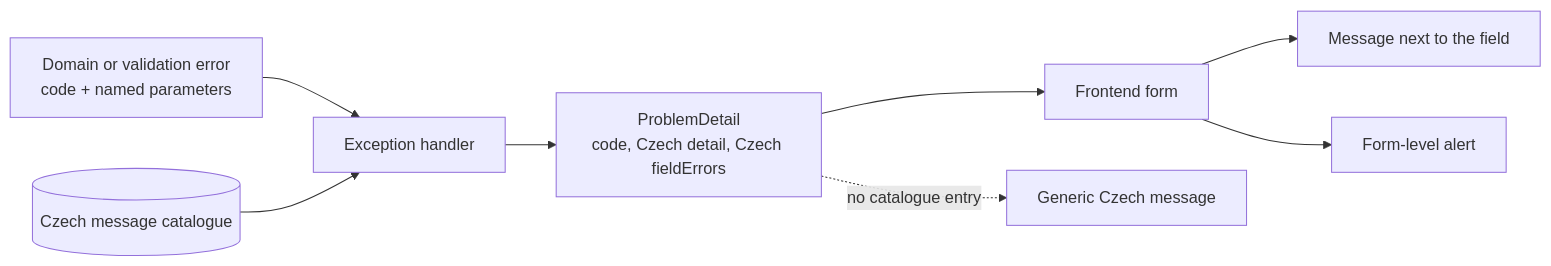
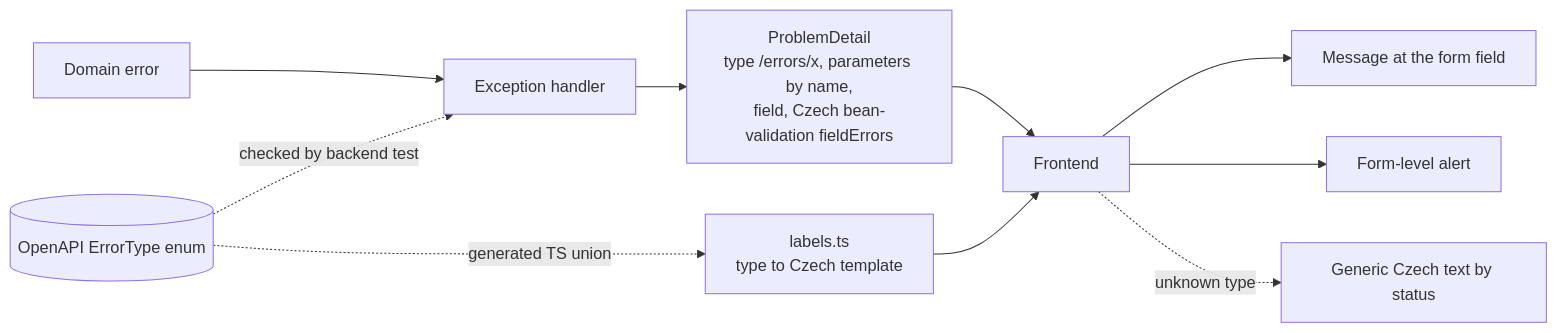
One commit to zabiny/klabis changed the diagram in openspec/changes/show-error-messages-in-czech/proposal.md. Above: the diagram before and after it, drawn with Mermaid. The commit also changed other lines of this file and 11 other files, not shown here.

Commit message:
test(e2e): cover withdrawing and locked fee choices; refine fee history and error proposals

````diff
--- a/openspec/changes/show-error-messages-in-czech/proposal.md
+++ b/openspec/changes/show-error-messages-in-czech/proposal.md
@@ -32,10 +39,12 @@
 ```mermaid
 flowchart LR
-    D[Domain or validation error<br/>code + named parameters] --> H[Exception handler]
-    C[(Czech message catalogue)] --> H
-    H --> P[ProblemDetail<br/>code, Czech detail, Czech fieldErrors]
-    P --> F[Frontend form]
-    F --> FE[Message next to the field]
+    D[Domain error] --> H[Exception handler]
+    H --> P[ProblemDetail<br/>type /errors/x, parameters by name,<br/>field, Czech bean-validation fieldErrors]
+    S[(OpenAPI ErrorType enum)] -. checked by backend test .-> H
+    S -. generated TS union .-> L[labels.ts<br/>type to Czech template]
+    P --> F[Frontend]
+    L --> F
+    F --> FE[Message at the form field]
     F --> FA[Form-level alert]
-    P -. no catalogue entry .-> G[Generic Czech message]
+    F -. unknown type .-> G[Generic Czech text by status]
 ```
````
